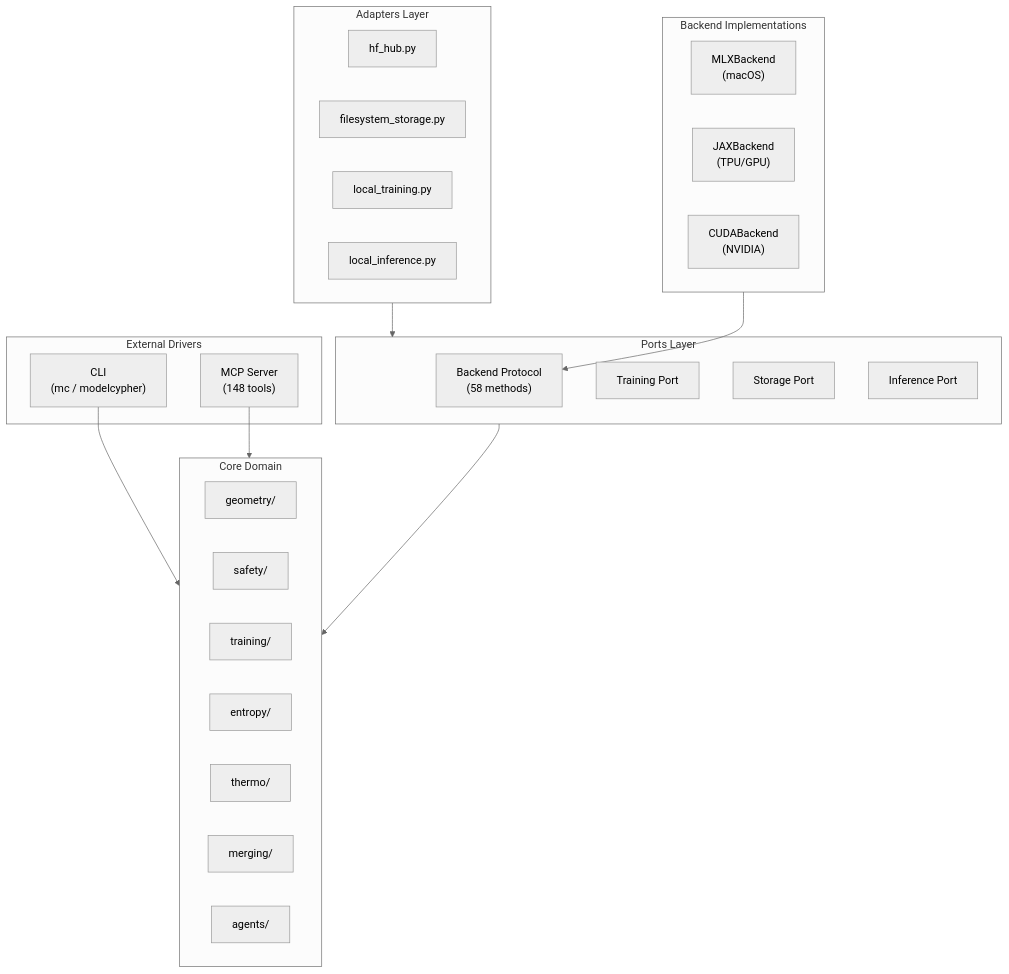
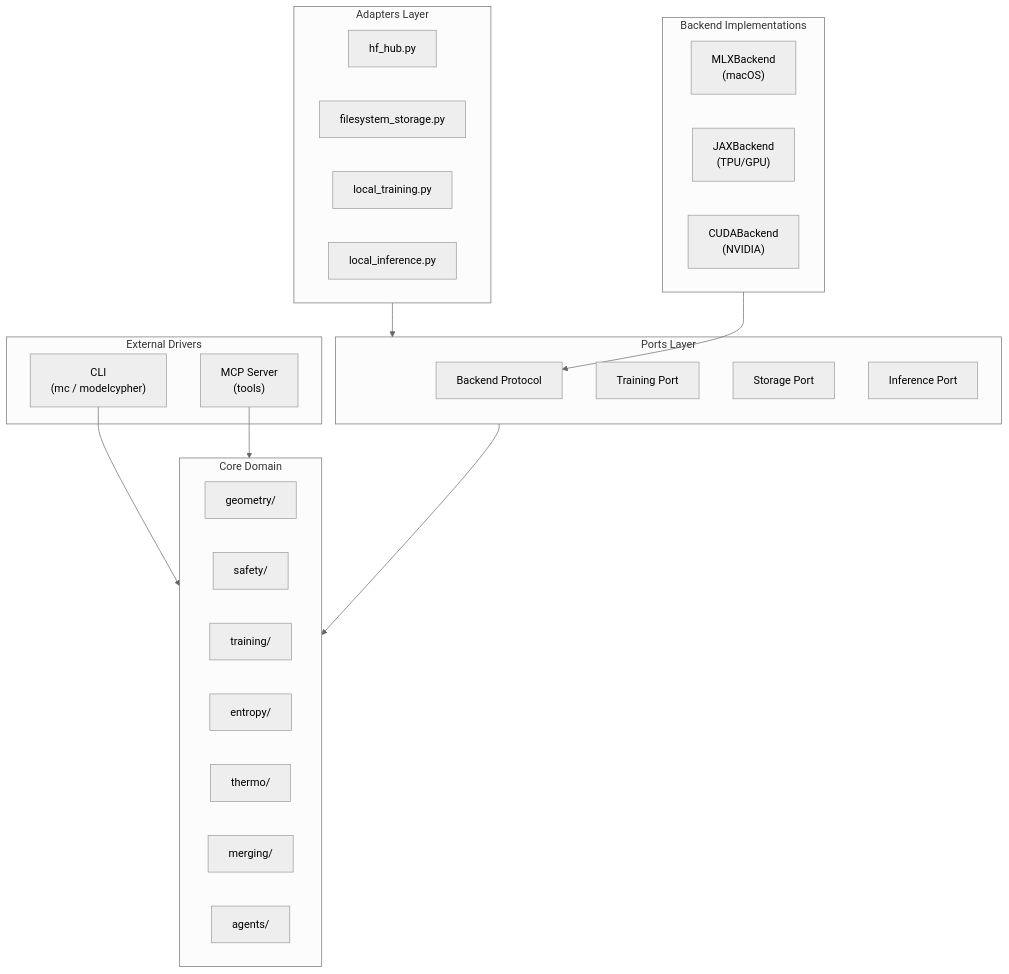
The first of 4 diagrams in docs/ARCHITECTURE.md (Ethyros-AI/ModelCypher), drawn with Mermaid (neutral theme) before and after one commit. The commit also changed other lines of this file and 12 other files, not shown here.

````diff
--- a/docs/ARCHITECTURE.md
+++ b/docs/ARCHITECTURE.md
@@ -7,43 +7,43 @@
 ```mermaid
 flowchart TB
     subgraph EXTERNAL["External Drivers"]
         CLI["CLI<br/>(mc / modelcypher)"]
-        MCP["MCP Server<br/>(148 tools)"]
+        MCP["MCP Server<br/>(tools)"]
     end
 
     subgraph ADAPTERS["Adapters Layer"]
         HF["hf_hub.py"]
         FS["filesystem_storage.py"]
         LT["local_training.py"]
         LI["local_inference.py"]
     end
 
     subgraph PORTS["Ports Layer"]
-        BE["Backend Protocol<br/>(58 methods)"]
+        BE["Backend Protocol"]
         TR["Training Port"]
         ST["Storage Port"]
         INF["Inference Port"]
     end
 
     subgraph DOMAIN["Core Domain"]
         GEO["geometry/"]
         SAFE["safety/"]
         TRAIN["training/"]
         ENT["entropy/"]
         THERM["thermo/"]
         MERGE["merging/"]
         AGT["agents/"]
     end
 
     subgraph BACKENDS["Backend Implementations"]
         MLX["MLXBackend<br/>(macOS)"]
         JAX["JAXBackend<br/>(TPU/GPU)"]
         CUDA["CUDABackend<br/>(NVIDIA)"]
     end
 
     CLI --> DOMAIN
     MCP --> DOMAIN
     ADAPTERS --> PORTS
     PORTS --> DOMAIN
     BACKENDS --> BE
 ```
````
